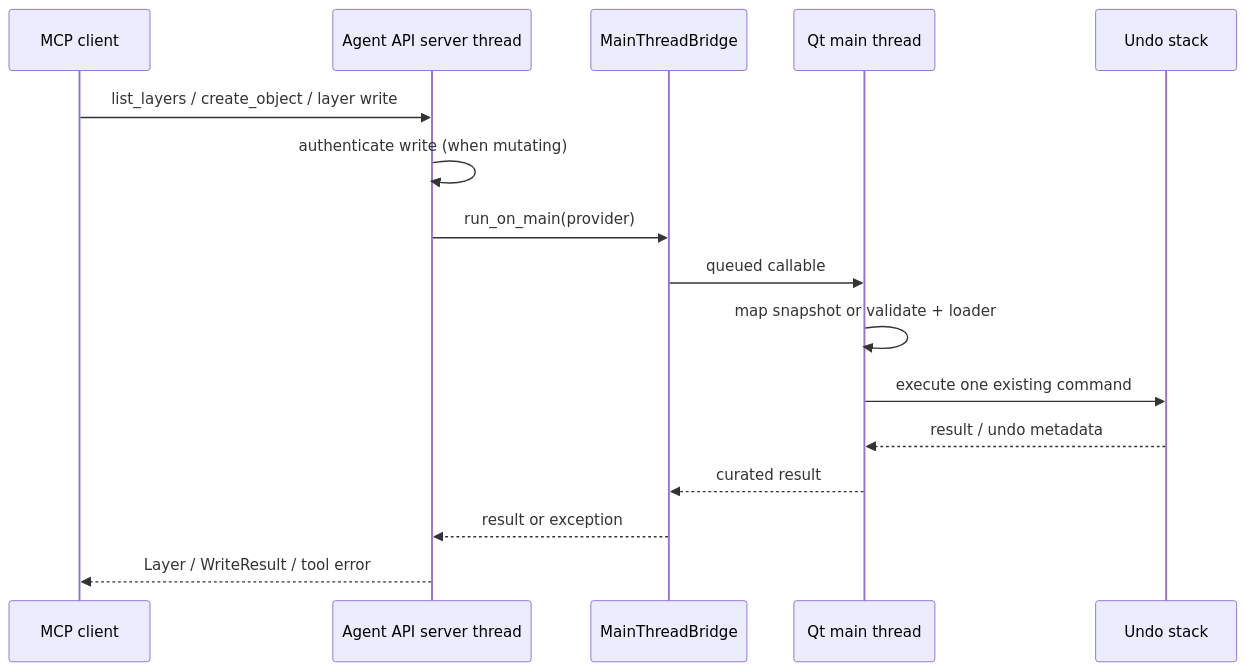
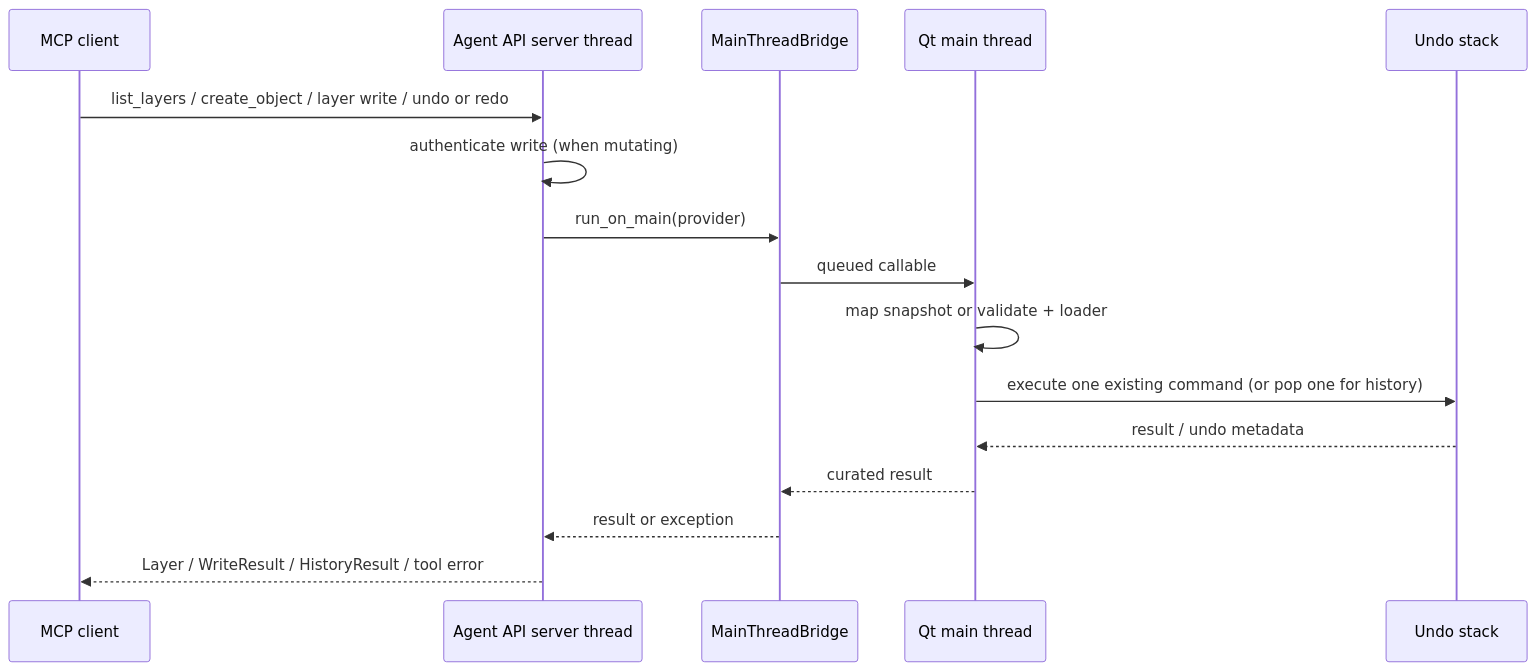
One commit to cofade/open-garden-planner changed the fifth of 9 diagrams in docs/06-runtime-view/README.md. Above: the diagram before and after it, drawn with Mermaid. The commit also changed other lines of this file and 34 other files, not shown here.

````diff
--- a/docs/06-runtime-view/README.md
+++ b/docs/06-runtime-view/README.md
@@ -137,19 +137,19 @@
 ```mermaid
 sequenceDiagram
     participant A as MCP client
     participant S as Agent API server thread
     participant B as MainThreadBridge
     participant Q as Qt main thread
     participant U as Undo stack
 
-    A->>S: list_layers / create_object / layer write
+    A->>S: list_layers / create_object / layer write / undo or redo
     S->>S: authenticate write (when mutating)
     S->>B: run_on_main(provider)
     B->>Q: queued callable
     Q->>Q: map snapshot or validate + loader
-    Q->>U: execute one existing command
+    Q->>U: execute one existing command (or pop one for history)
     U-->>Q: result / undo metadata
     Q-->>B: curated result
     B-->>S: result or exception
-    S-->>A: Layer / WriteResult / tool error
+    S-->>A: Layer / WriteResult / HistoryResult / tool error
 ```
````
